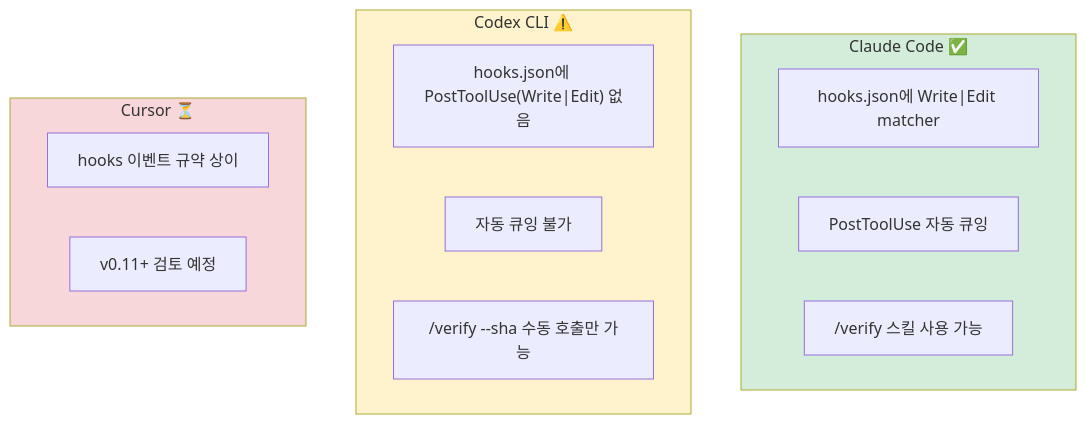
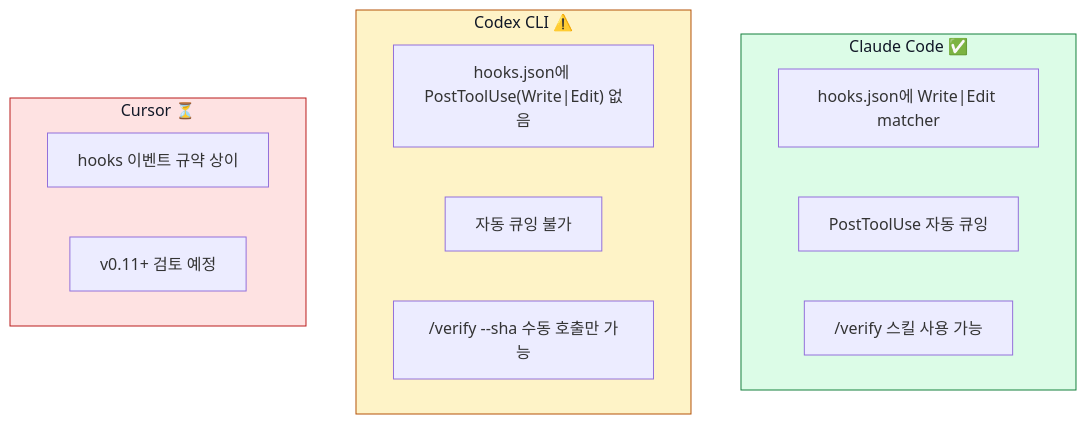
Before and after one commit to Jimmy-Jung/ai-symbiote: the tenth of 12 diagrams in docs/09-검증-레이어-동작원리.md, drawn with Mermaid. The commit also changed other lines of this file and 10 other files, not shown here.

Commit message:
docs(mermaid): 다이어그램 대비 색상 개선

````diff
--- a/docs/09-검증-레이어-동작원리.md
+++ b/docs/09-검증-레이어-동작원리.md
@@ -307,23 +307,23 @@
 ```mermaid
 flowchart TB
     subgraph Claude["Claude Code ✅"]
         C1["hooks.json에 Write|Edit matcher"]
         C2["PostToolUse 자동 큐잉"]
         C3["/verify 스킬 사용 가능"]
     end
 
     subgraph Codex["Codex CLI ⚠️"]
         X1["hooks.json에 PostToolUse(Write|Edit) 없음"]
         X2["자동 큐잉 불가"]
         X3["/verify --sha 수동 호출만 가능"]
     end
 
     subgraph Cursor["Cursor ⏳"]
         S1["hooks 이벤트 규약 상이"]
         S2["v0.11+ 검토 예정"]
     end
 
-    style Claude fill:#d4edda
-    style Codex fill:#fff3cd
-    style Cursor fill:#f8d7da
+    style Claude fill:#dcfce7,stroke:#15803d,color:#111827
+    style Codex fill:#fef3c7,stroke:#b45309,color:#111827
+    style Cursor fill:#fee2e2,stroke:#b91c1c,color:#111827
 ```
````
